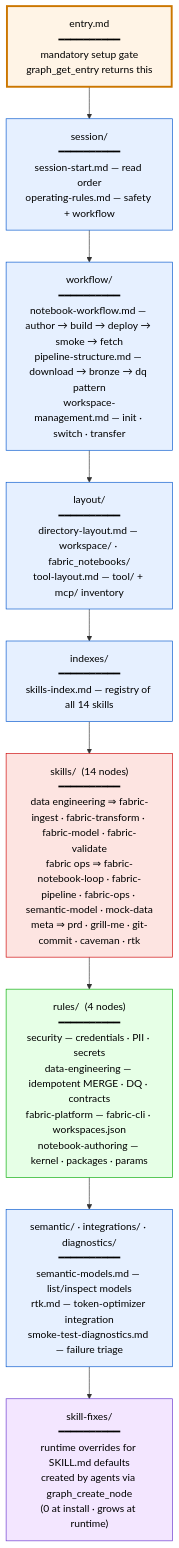
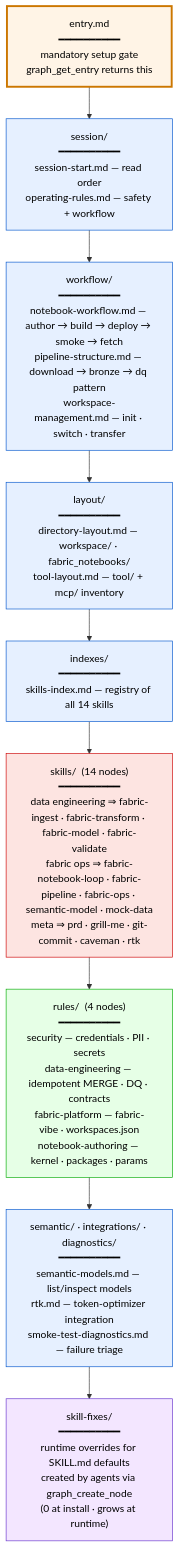
One commit to scardoso-lu/fabric-skills-settings changed the first of 2 diagrams in docs/knowledge-graph.md. Above: the diagram before and after it, drawn with Mermaid. The commit also changed other lines of this file and 62 other files, not shown here.

Commit message:
rename cli to fabric-vibecoding

````diff
--- a/docs/knowledge-graph.md
+++ b/docs/knowledge-graph.md
@@ -5,34 +5,34 @@
 ```mermaid
 flowchart TD
     classDef entry fill:#fff4e6,stroke:#cc7700,stroke-width:3px,color:#000
     classDef cat fill:#e6f0ff,stroke:#0055cc,color:#000
     classDef rule fill:#e6ffe6,stroke:#00aa00,color:#000
     classDef skill fill:#fde4e1,stroke:#cc0000,color:#000
     classDef fix fill:#f3e6ff,stroke:#6633cc,color:#000
 
     ENTRY["entry.md<br/>━━━━━━━━━━<br/>mandatory setup gate<br/>graph_get_entry returns this"]:::entry
     ENTRY --> SESSION
 
     SESSION["session/<br/>━━━━━━━━━━<br/>session-start.md — read order<br/>operating-rules.md — safety + workflow"]:::cat
     SESSION --> WORKFLOW
 
     WORKFLOW["workflow/<br/>━━━━━━━━━━<br/>notebook-workflow.md — author → build → deploy → smoke → fetch<br/>pipeline-structure.md — download → bronze → dq pattern<br/>workspace-management.md — init · switch · transfer"]:::cat
     WORKFLOW --> LAYOUT
 
     LAYOUT["layout/<br/>━━━━━━━━━━<br/>directory-layout.md — workspace/ · fabric_notebooks/<br/>tool-layout.md — tool/ + mcp/ inventory"]:::cat
     LAYOUT --> INDEXES
 
     INDEXES["indexes/<br/>━━━━━━━━━━<br/>skills-index.md — registry of all 14 skills"]:::cat
     INDEXES --> SKILLS
 
     SKILLS["skills/  (14 nodes)<br/>━━━━━━━━━━<br/>data engineering ⇒ fabric-ingest · fabric-transform · fabric-model · fabric-validate<br/>fabric ops ⇒ fabric-notebook-loop · fabric-pipeline · fabric-ops · semantic-model · mock-data<br/>meta ⇒ prd · grill-me · git-commit · caveman · rtk"]:::skill
     SKILLS --> RULES
 
-    RULES["rules/  (4 nodes)<br/>━━━━━━━━━━<br/>security — credentials · PII · secrets<br/>data-engineering — idempotent MERGE · DQ · contracts<br/>fabric-platform — fabric-cli · workspaces.json<br/>notebook-authoring — kernel · packages · params"]:::rule
+    RULES["rules/  (4 nodes)<br/>━━━━━━━━━━<br/>security — credentials · PII · secrets<br/>data-engineering — idempotent MERGE · DQ · contracts<br/>fabric-platform — fabric-vibe · workspaces.json<br/>notebook-authoring — kernel · packages · params"]:::rule
     RULES --> EXTRA
 
     EXTRA["semantic/ · integrations/ · diagnostics/<br/>━━━━━━━━━━<br/>semantic-models.md — list/inspect models<br/>rtk.md — token-optimizer integration<br/>smoke-test-diagnostics.md — failure triage"]:::cat
     EXTRA --> FIX
 
     FIX["skill-fixes/<br/>━━━━━━━━━━<br/>runtime overrides for SKILL.md defaults<br/>created by agents via graph_create_node<br/>(0 at install · grows at runtime)"]:::fix
 ```
````
